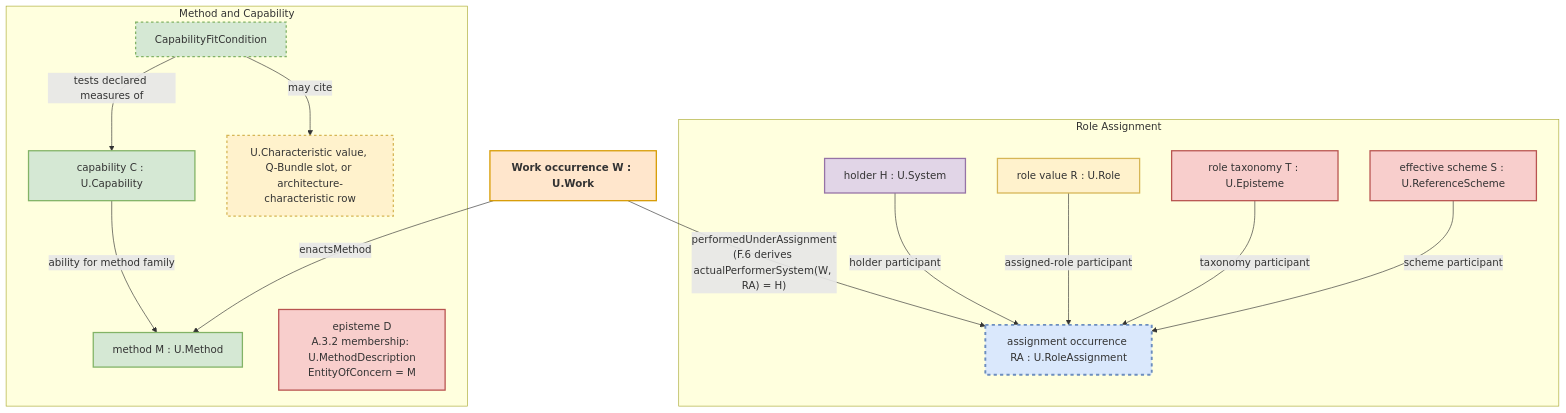
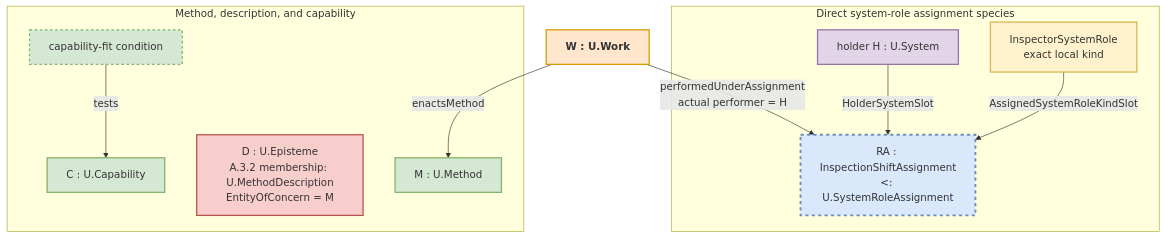
Before and after one commit to ansea09/fpf-spec-mirror: the diagram in fpf_chunks/by_pattern/A.15.md, drawn with Mermaid. The commit also changed other lines of this file and 4863 other files, not shown here.

````diff
--- a/fpf_chunks/by_pattern/A.15.md
+++ b/fpf_chunks/by_pattern/A.15.md
@@ -202,31 +176,25 @@
 ```mermaid
 graph TD
-    subgraph Role Assignment
-        H["holder H : U.System"] -- holder participant --> RA["assignment occurrence RA : U.RoleAssignment"]
-        R["role value R : U.Role"] -- assigned-role participant --> RA
-        RT["role taxonomy T : U.Episteme"] -- taxonomy participant --> RA
-        RS["effective scheme S : U.ReferenceScheme"] -- scheme participant --> RA
+    subgraph "Direct system-role assignment species"
+        H["holder H : U.System"] -- "HolderSystemSlot" --> RA["RA : InspectionShiftAssignment<br/><: U.SystemRoleAssignment"]
+        K["InspectorSystemRole<br/>exact local kind"] -- "AssignedSystemRoleKindSlot" --> RA
     end
 
-    subgraph Method and Capability
-        M["method M : U.Method"]
-        D["episteme D<br/>A.3.2 membership: U.MethodDescription<br/>EntityOfConcern = M"]
-        Cap["capability C : U.Capability"] -- ability for method family --> M
-        Fit[CapabilityFitCondition] -- tests declared measures of --> Cap
-        Fit -- may cite --> Q[U.Characteristic value, Q-Bundle slot, or architecture-characteristic row]
+    subgraph "Method, description, and capability"
+        M["M : U.Method"]
+        D["D : U.Episteme<br/>A.3.2 membership: U.MethodDescription<br/>EntityOfConcern = M"]
+        Cap["C : U.Capability"]
+        Fit["capability-fit condition"] -- "tests" --> Cap
     end
 
-    W["Work occurrence W : U.Work"] -- "performedUnderAssignment<br/>(F.6 derives actualPerformerSystem(W, RA) = H)" --> RA
-    W -- enactsMethod --> M
-    style R fill:#fff2cc,stroke:#d6b656,stroke-width:2px
-    style RT fill:#f8cecc,stroke:#b85450,stroke-width:2px
-    style RS fill:#f8cecc,stroke:#b85450,stroke-width:2px
+    W["W : U.Work"] -- "performedUnderAssignment<br/>actual performer = H" --> RA
+    W -- "enactsMethod" --> M
+    style K fill:#fff2cc,stroke:#d6b656,stroke-width:2px
     style Cap fill:#d5e8d4,stroke:#82b366,stroke-width:2px
     style Fit fill:#d5e8d4,stroke:#82b366,stroke-width:2px,stroke-dasharray: 4 4
-    style Q fill:#fff2cc,stroke:#d6b656,stroke-width:2px,stroke-dasharray: 4 4
     style M fill:#d5e8d4,stroke:#82b366,stroke-width:2px
     style D fill:#f8cecc,stroke:#b85450,stroke-width:2px
     style H fill:#e1d5e7,stroke:#9673a6,stroke-width:2px
     style RA fill:#dae8fc,stroke:#6c8ebf,stroke-width:3px,stroke-dasharray: 5 5
     style W fill:#ffe6cc,stroke:#d79b00,stroke-width:2px,font-weight:bold
 ```
````
